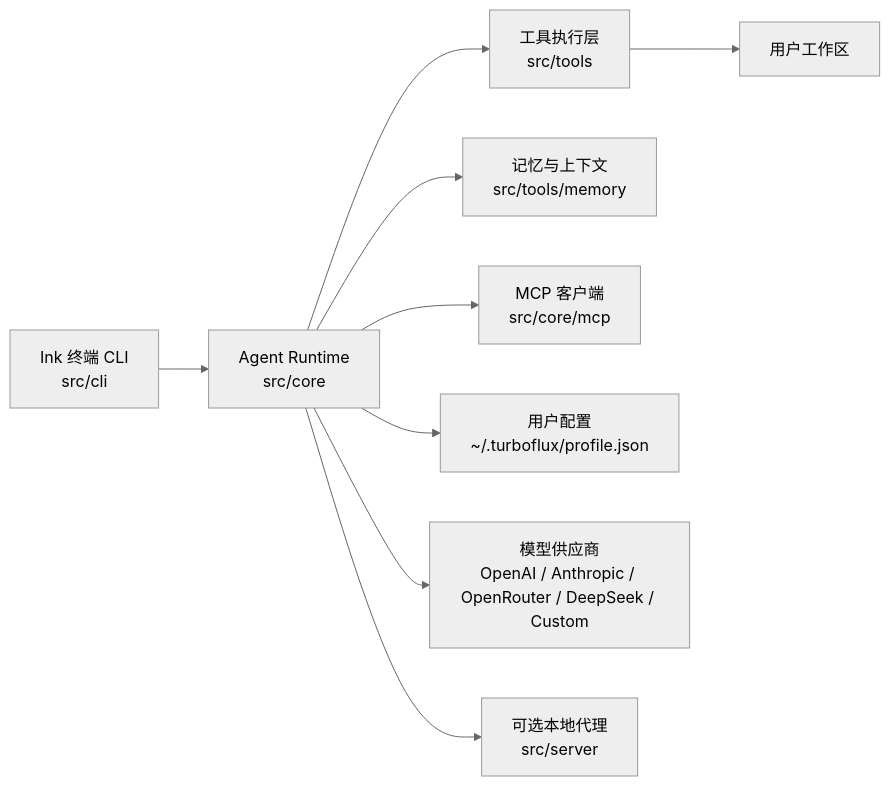
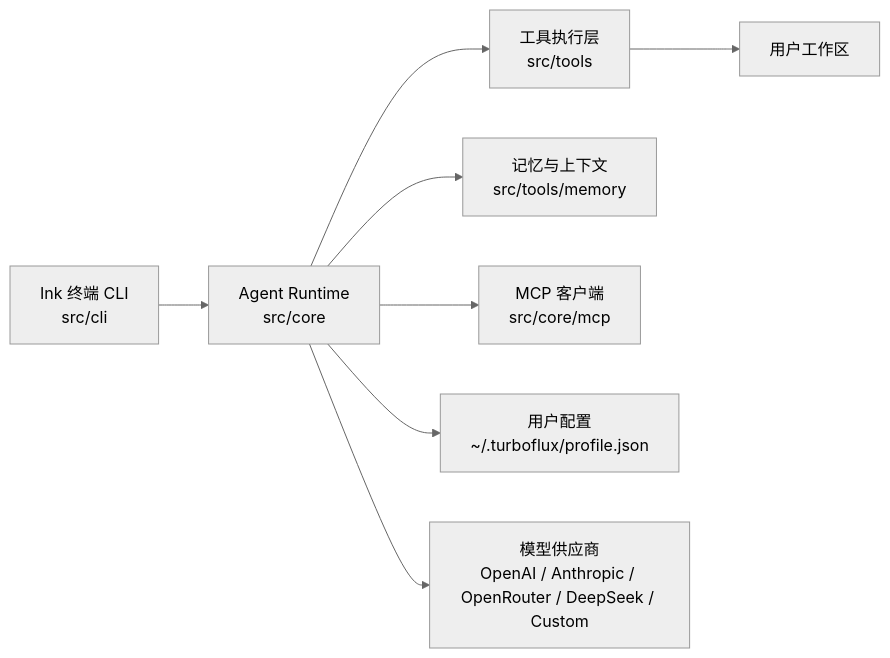
The first of 2 diagrams in README.md (MengShengbo/TurboFlux), drawn with Mermaid (neutral theme) before and after one commit. The commit also changed other lines of this file and 17 other files, not shown here.

````diff
--- a/README.md
+++ b/README.md
@@ -37,11 +37,10 @@
 ```mermaid
 flowchart LR
   CLI["Ink 终端 CLI\nsrc/cli"] --> Runtime["Agent Runtime\nsrc/core"]
   Runtime --> Tools["工具执行层\nsrc/tools"]
   Runtime --> Memory["记忆与上下文\nsrc/tools/memory"]
   Runtime --> MCP["MCP 客户端\nsrc/core/mcp"]
   Runtime --> Profile["用户配置\n~/.turboflux/profile.json"]
   Runtime --> Provider["模型供应商\nOpenAI / Anthropic / OpenRouter / DeepSeek / Custom"]
-  Runtime --> Proxy["可选本地代理\nsrc/server"]
   Tools --> Workspace["用户工作区"]
 ```
````
